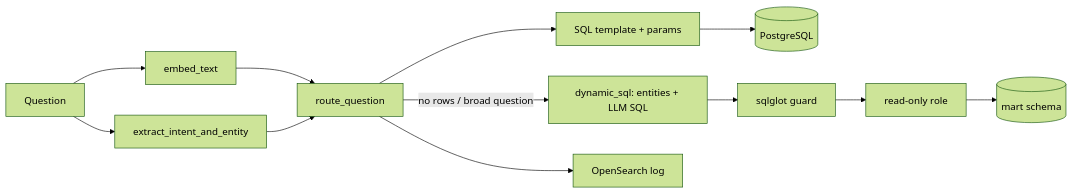
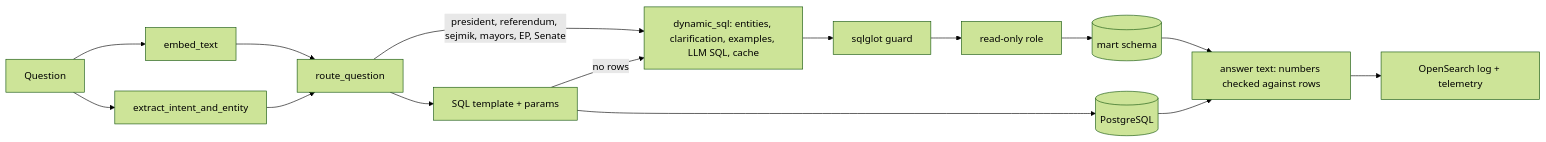
The diagram in docs/ARCHITECTURE.md (wronski-tech/plujka), drawn with Mermaid (forest theme) before and after one commit. The commit also changed other lines of this file and 31 other files, not shown here.

First line of the commit message:
Add president, EP, referendum and local elections to the mart

````diff
--- a/docs/ARCHITECTURE.md
+++ b/docs/ARCHITECTURE.md
@@ -7,12 +7,15 @@
 ```mermaid
 flowchart LR
   Q[Question] --> E[embed_text]
   Q --> L[extract_intent_and_entity]
   E --> R[route_question]
   L --> R
+  R -->|president, referendum, sejmik, mayors, EP, Senate| D
   R --> T[SQL template + params]
   T --> DB[(PostgreSQL)]
-  R -->|no rows / broad question| D[dynamic_sql: entities + LLM SQL]
+  T -->|no rows| D[dynamic_sql: entities, clarification, examples, LLM SQL, cache]
   D --> G[sqlglot guard] --> RO[read-only role] --> M[(mart schema)]
-  R --> OS[OpenSearch log]
+  M --> A[answer text: numbers checked against rows]
+  DB --> A
+  A --> OS[OpenSearch log + telemetry]
 ```
````
